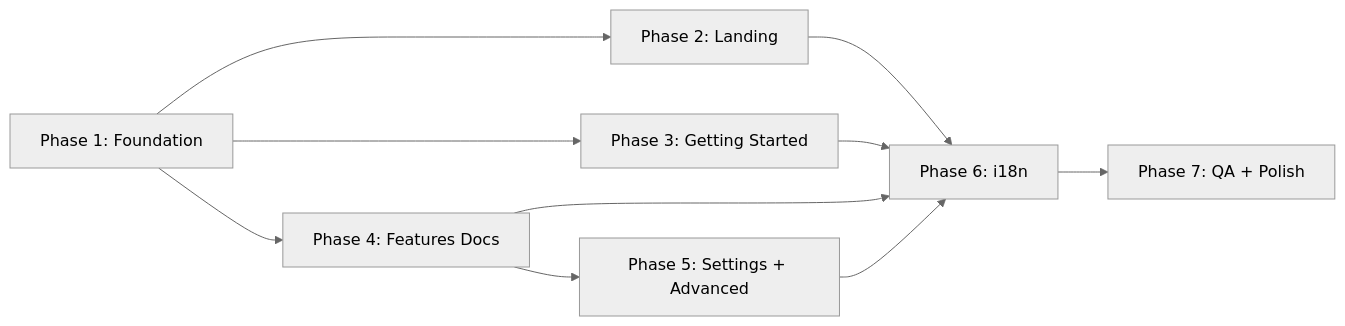
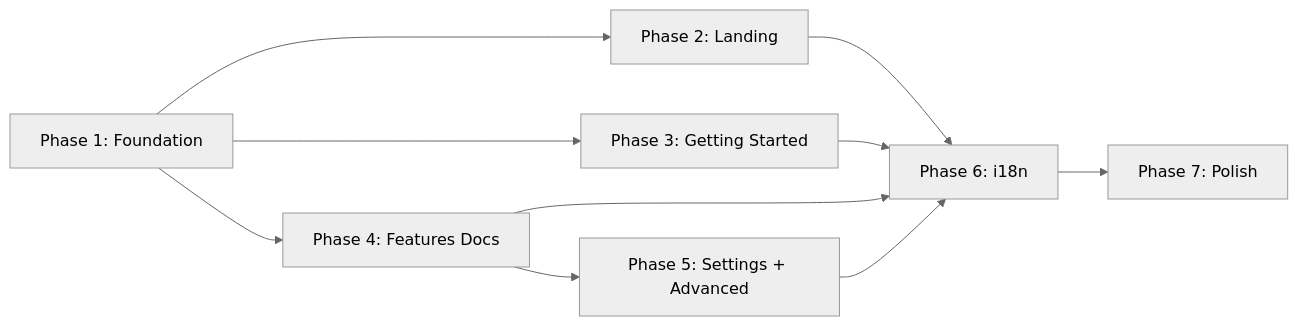
The diagram in .agents/tasks/landing-page/EPIC-6-landing-page.md (jira-helper/jira-helper), drawn with Mermaid (neutral theme) before and after one commit. The commit also changed other lines of this file and 1 other file, not shown here.

````diff
--- a/.agents/tasks/landing-page/EPIC-6-landing-page.md
+++ b/.agents/tasks/landing-page/EPIC-6-landing-page.md
@@ -90,12 +88,12 @@
 ```mermaid
 flowchart LR
     F1[Phase 1: Foundation] --> F2[Phase 2: Landing]
     F1 --> F3[Phase 3: Getting Started]
     F1 --> F4[Phase 4: Features Docs]
     F4 --> F5[Phase 5: Settings + Advanced]
     F2 --> F6[Phase 6: i18n]
     F3 --> F6
     F4 --> F6
     F5 --> F6
-    F6 --> F7[Phase 7: QA + Polish]
+    F6 --> F7[Phase 7: Polish]
 ```
````
